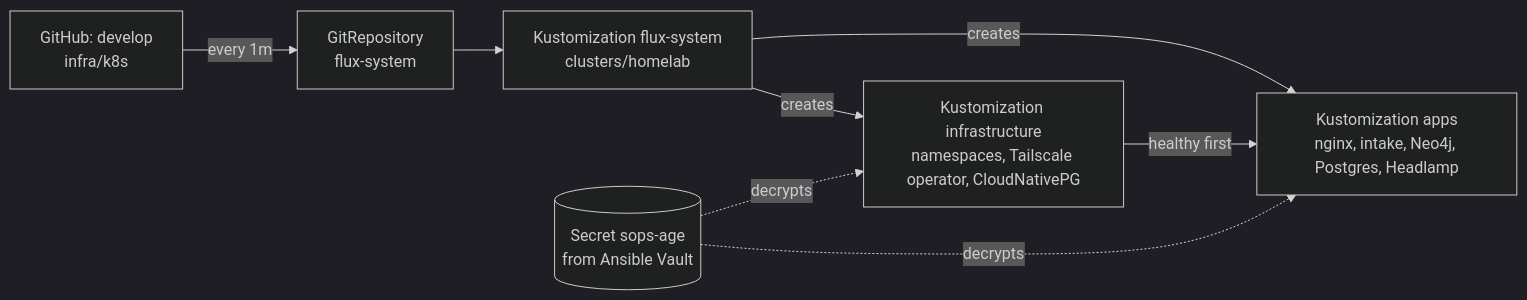
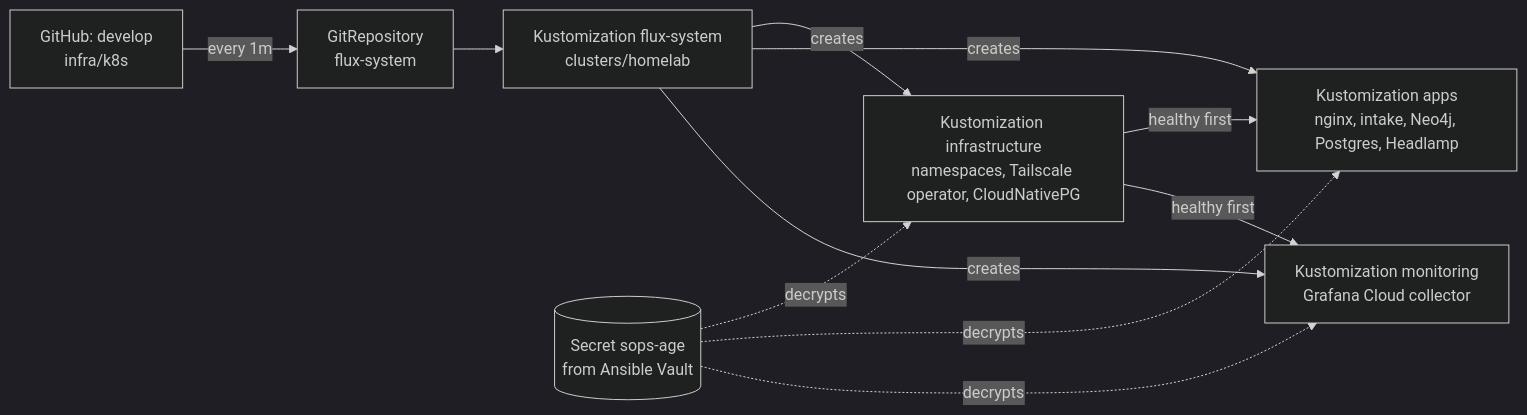
One commit to cbu-capstone-design-27/ember changed the diagram in infra/docs/flux.md. Above: the diagram before and after it, drawn with Mermaid (dark theme). The commit also changed other lines of this file and 19 other files, not shown here.

First line of the commit message:
EMBER-91: Send cluster metrics, logs and events to Grafana Cloud

````diff
--- a/infra/docs/flux.md
+++ b/infra/docs/flux.md
@@ -54,10 +58,13 @@
 ```mermaid
 flowchart LR
   gh["GitHub: develop<br/>infra/k8s"] -->|every 1m| src["GitRepository<br/>flux-system"]
   src --> fs["Kustomization flux-system<br/>clusters/homelab"]
   fs -->|creates| infra["Kustomization infrastructure<br/>namespaces, Tailscale operator, CloudNativePG"]
   fs -->|creates| apps["Kustomization apps<br/>nginx, intake, Neo4j, Postgres, Headlamp"]
+  fs -->|creates| mon["Kustomization monitoring<br/>Grafana Cloud collector"]
   infra -->|healthy first| apps
+  infra -->|healthy first| mon
   key[("Secret sops-age<br/>from Ansible Vault")] -.decrypts.-> infra
   key -.decrypts.-> apps
+  key -.decrypts.-> mon
 ```
````
